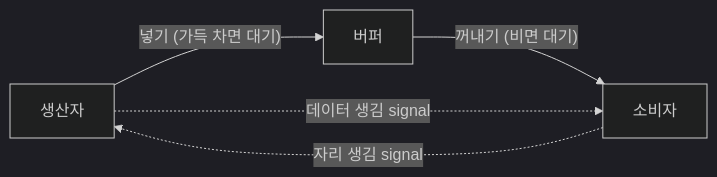
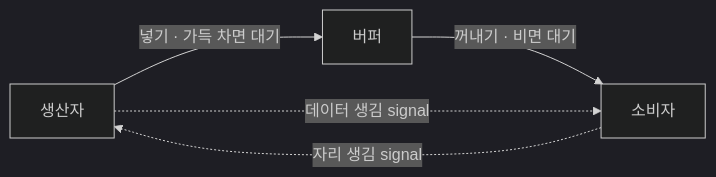
The third of 3 diagrams in summary-notes/운영체제.md (Byeongchan99/CS-Card), drawn with Mermaid (dark theme) before and after one commit. The commit also changed other lines of this file and 2 other files, not shown here.

First line of the commit message:
운영체제 요약 노트: 다이어그램 18개 재디자인 + mermaid 테마 통일

````diff
--- a/summary-notes/운영체제.md
+++ b/summary-notes/운영체제.md
@@ -544,7 +489,7 @@
 ```mermaid
 flowchart LR
-    P["생산자"] -->|"넣기 (가득 차면 대기)"| B["버퍼"]
-    B -->|"꺼내기 (비면 대기)"| C["소비자"]
+    P["생산자"] -->|"넣기 · 가득 차면 대기"| B["버퍼"]:::accent
+    B -->|"꺼내기 · 비면 대기"| C["소비자"]
     C -.->|"자리 생김 signal"| P
     P -.->|"데이터 생김 signal"| C
 ```
````
